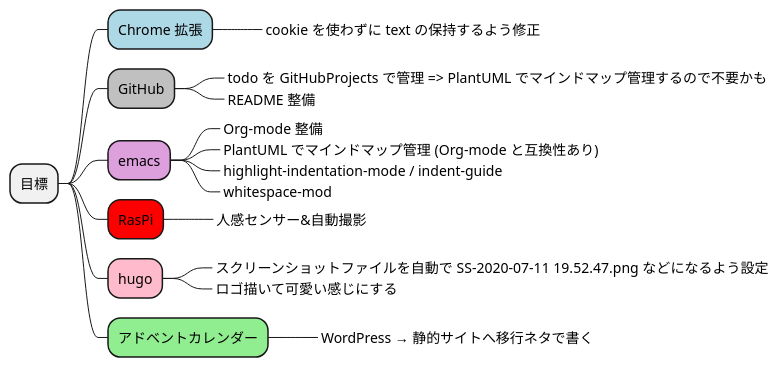
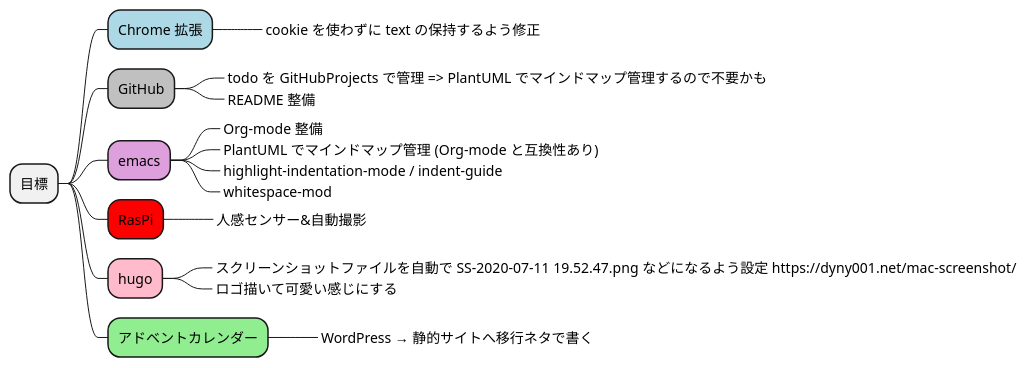
One commit to Ishizuka427/MindMap changed the diagram in test.puml. Above: the diagram before and after it, drawn with PlantUML.

```diff
--- a/test.puml
+++ b/test.puml
@@ -1,20 +1,20 @@
 @startmindmap
 * 目標
 **[#lightblue] Chrome 拡張
 ***_ cookie を使わずに text の保持するよう修正
 **[#silver] GitHub
 ***_ todo を GitHubProjects で管理 => PlantUML でマインドマップ管理するので不要かも
 ***_ README 整備
 **[#plum] emacs
 ***_ Org-mode 整備
 ***_ PlantUML でマインドマップ管理 (Org-mode と互換性あり)
 ***_ highlight-indentation-mode / indent-guide
 ***_ whitespace-mod
 **[#red] RasPi
 ***_ 人感センサー&自動撮影
 **[#FFBBCC] hugo
-***_ スクリーンショットファイルを自動で SS-2020-07-11 19.52.47.png などになるよう設定
+***_ スクリーンショットファイルを自動で SS-2020-07-11 19.52.47.png などになるよう設定 https://dyny001.net/mac-screenshot/
 ***_ ロゴ描いて可愛い感じにする
 **[#lightgreen] アドベントカレンダー
 ***_ WordPress → 静的サイトへ移行ネタで書く
 @endmindmap
```
